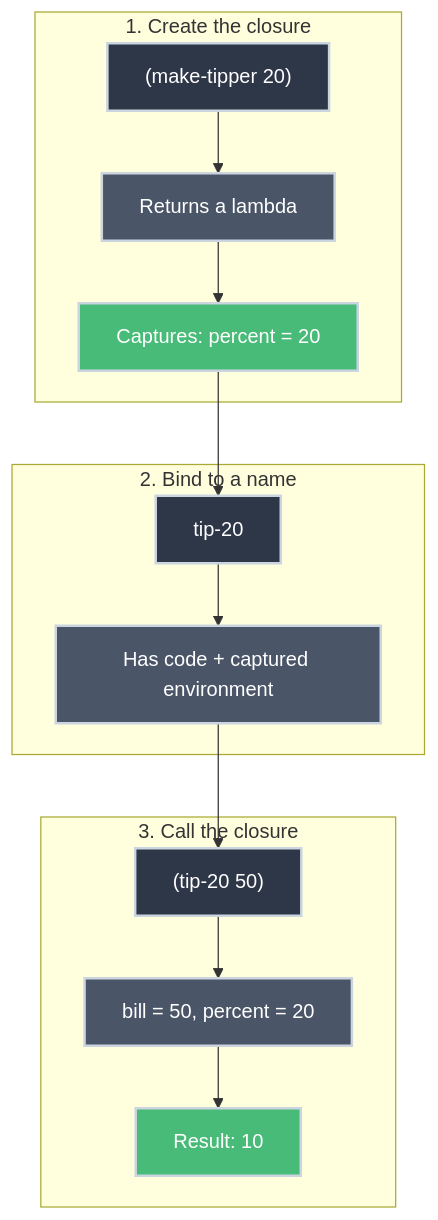
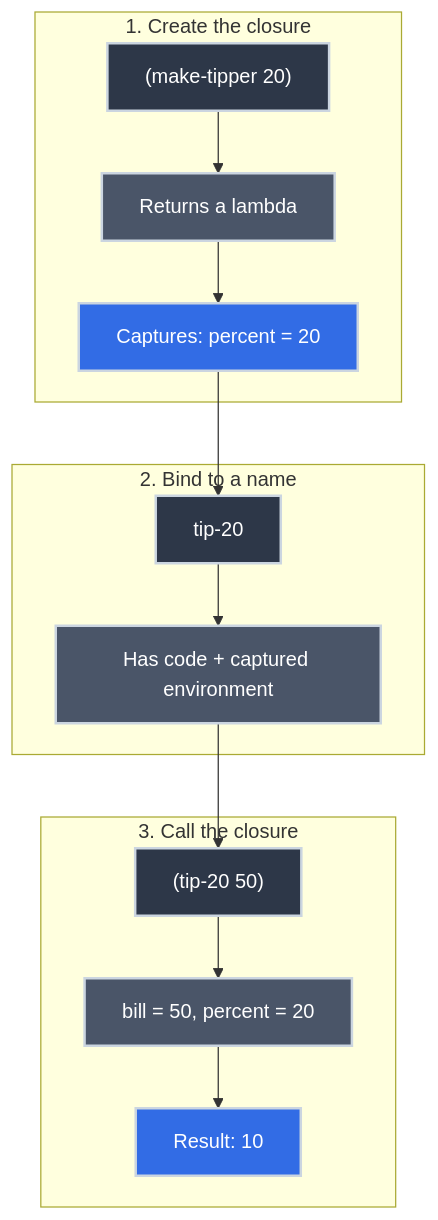
One commit to bradpenney/exploring_computer_science changed the second of 2 diagrams in docs/mastery/functional_programming/scheme_primer.md. Above: the diagram before and after it, drawn with Mermaid. The commit also changed other lines of this file and 27 other files, not shown here.

````diff
--- a/docs/mastery/functional_programming/scheme_primer.md
+++ b/docs/mastery/functional_programming/scheme_primer.md
@@ -445,34 +479,34 @@
 ```mermaid
 flowchart TB
     subgraph CREATE ["1. Create the closure"]
         A["(make-tipper 20)"]
         B["Returns a lambda"]
         C["Captures: percent = 20"]
         A --> B --> C
     end
 
     subgraph STORE ["2. Bind to a name"]
         D["tip-20"]
         E["Has code + captured environment"]
         D --> E
     end
 
     subgraph CALL ["3. Call the closure"]
         F["(tip-20 50)"]
         G["bill = 50, percent = 20"]
         H["Result: 10"]
         F --> G --> H
     end
 
     C --> D
     E --> F
 
     style A fill:#2d3748,stroke:#cbd5e0,stroke-width:2px,color:#fff
     style B fill:#4a5568,stroke:#cbd5e0,stroke-width:2px,color:#fff
-    style C fill:#48bb78,stroke:#cbd5e0,stroke-width:2px,color:#fff
+    style C fill:#326CE5,stroke:#cbd5e0,stroke-width:2px,color:#fff
     style D fill:#2d3748,stroke:#cbd5e0,stroke-width:2px,color:#fff
     style E fill:#4a5568,stroke:#cbd5e0,stroke-width:2px,color:#fff
     style F fill:#2d3748,stroke:#cbd5e0,stroke-width:2px,color:#fff
     style G fill:#4a5568,stroke:#cbd5e0,stroke-width:2px,color:#fff
-    style H fill:#48bb78,stroke:#cbd5e0,stroke-width:2px,color:#fff
+    style H fill:#326CE5,stroke:#cbd5e0,stroke-width:2px,color:#fff
 ```
````
